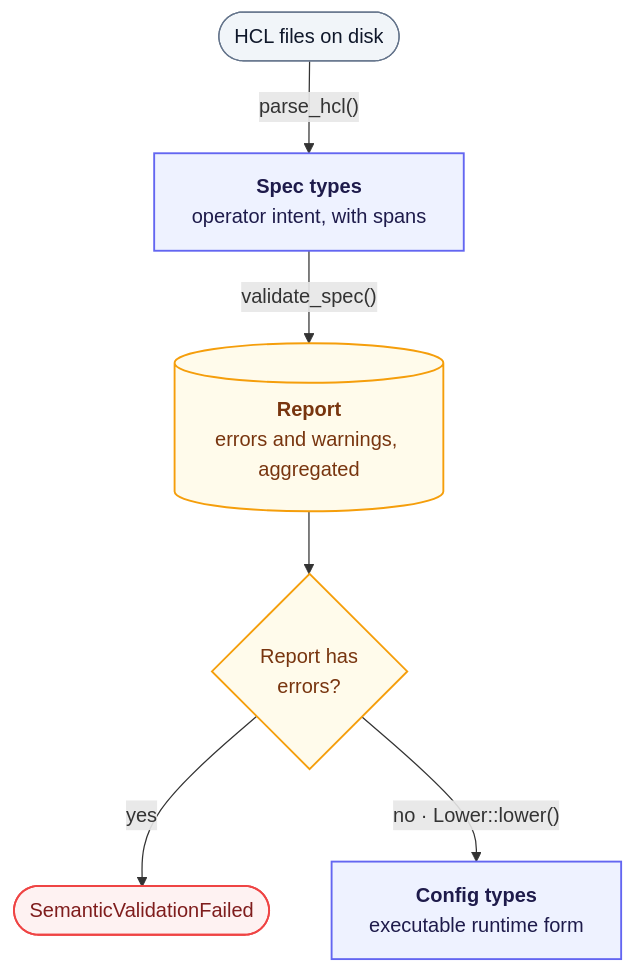
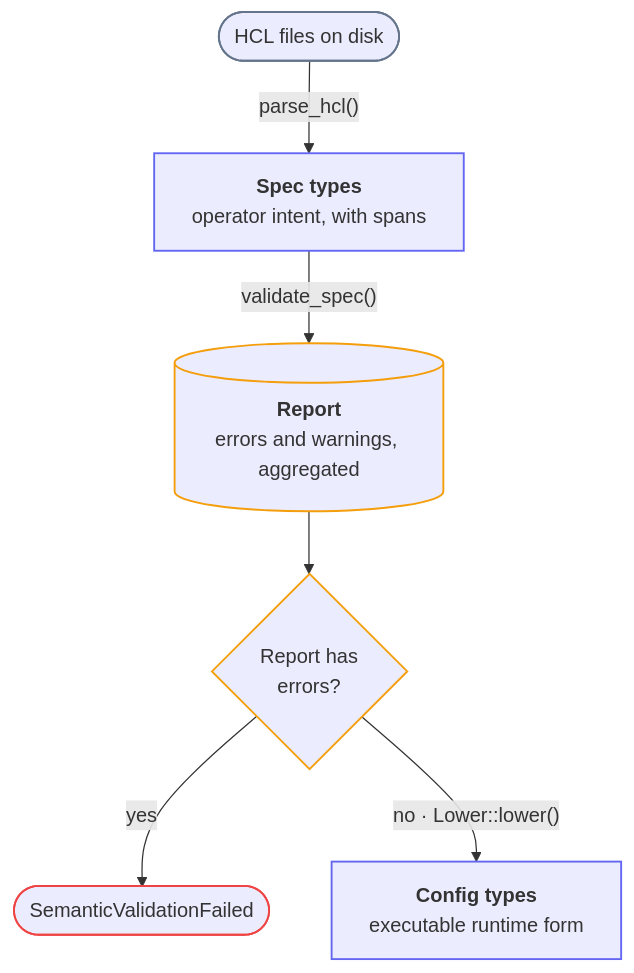
One commit to snakewayhq/snakeway changed the diagram in docs/docs/internals/configuration.md. Above: the diagram before and after it, drawn with Mermaid. The commit also changed 2 other files, not shown here.

Commit message:
Refine Mermaid diagrams with theme-aware CSS for consistent light/dark mode rendering.

````diff
--- a/docs/docs/internals/configuration.md
+++ b/docs/docs/internals/configuration.md
@@ -13,26 +13,26 @@
 ```mermaid
 %%{ init: { "flowchart": { "curve": "basis" } } }%%
 flowchart TD
     files(["HCL files on disk"])
     spec["<b>Spec types</b><br/>operator intent, with spans"]
     report[("<b>Report</b><br/>errors and warnings, aggregated")]
     gate{"Report has<br/>errors?"}
     fail(["SemanticValidationFailed"])
     config["<b>Config types</b><br/>executable runtime form"]
 
     files -- "parse_hcl()" --> spec
     spec -- "validate_spec()" --> report
     report --> gate
     gate -- "yes" --> fail
     gate -- "no · Lower::lower()" --> config
 
-    classDef io fill:#f1f5f9,stroke:#64748b,stroke-width:1px,color:#0f172a;
-    classDef data fill:#eef2ff,stroke:#6366f1,stroke-width:1.5px,color:#1e1b4b;
-    classDef diag fill:#fffbeb,stroke:#f59e0b,stroke-width:1.5px,color:#78350f;
-    classDef bad fill:#fef2f2,stroke:#ef4444,stroke-width:1.5px,color:#7f1d1d;
+    classDef io stroke:#64748b,stroke-width:1.5px;
+    classDef data stroke:#6366f1,stroke-width:1.5px;
+    classDef diag stroke:#f59e0b,stroke-width:1.5px;
+    classDef bad stroke:#ef4444,stroke-width:1.5px;
 
     class files io;
     class spec,config data;
     class report,gate diag;
     class fail bad;
 ```
````
